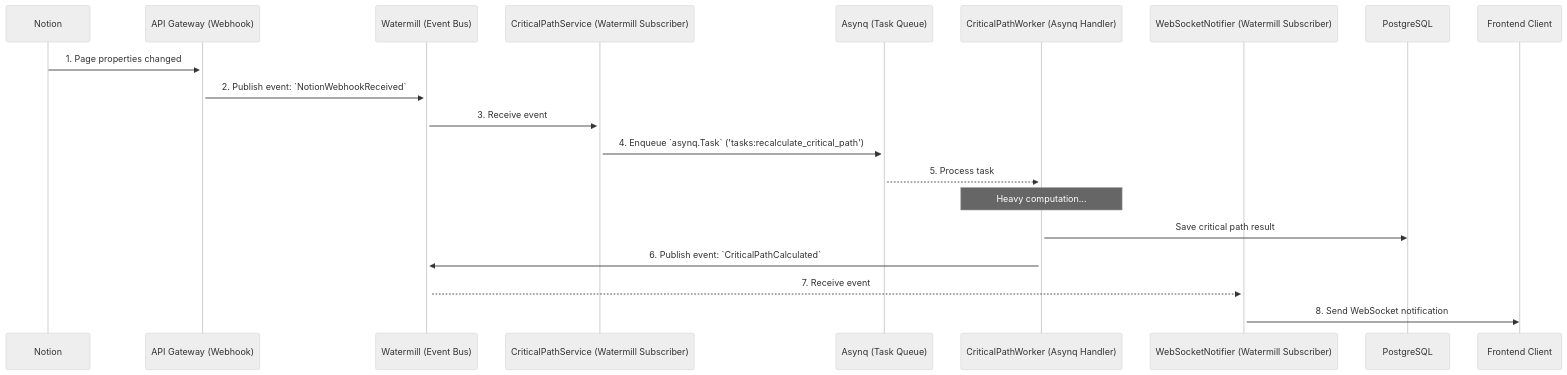
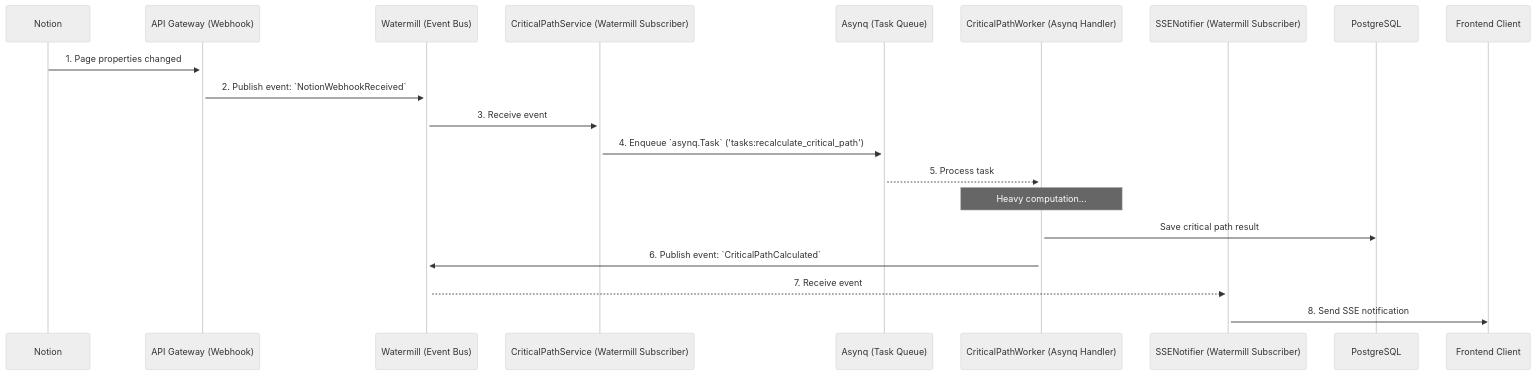
Before and after one commit to michalasia10/pro-notion: the diagram in ARCHITECTURE_EVENTS.md, drawn with Mermaid (neutral theme). The commit also changed other lines of this file and 2 other files, not shown here.

````diff
--- a/ARCHITECTURE_EVENTS.md
+++ b/ARCHITECTURE_EVENTS.md
@@ -21,24 +21,24 @@
 ```mermaid
 sequenceDiagram
     participant Notion
     participant API Gateway (Webhook)
     participant Watermill (Event Bus)
     participant CriticalPathService (Watermill Subscriber)
     participant Asynq (Task Queue)
     participant CriticalPathWorker (Asynq Handler)
-    participant WebSocketNotifier (Watermill Subscriber)
+    participant SSENotifier (Watermill Subscriber)
 
     Notion->>+API Gateway (Webhook): 1. Page properties changed
     API Gateway (Webhook)->>+Watermill (Event Bus): 2. Publish event: `NotionWebhookReceived`
     
     Watermill (Event Bus)->>+CriticalPathService (Watermill Subscriber): 3. Receive event
     CriticalPathService (Watermill Subscriber)->>+Asynq (Task Queue): 4. Enqueue `asynq.Task` ('tasks:recalculate_critical_path')
     
     Asynq (Task Queue)-->>+CriticalPathWorker (Asynq Handler): 5. Process task
     Note over CriticalPathWorker (Asynq Handler): Heavy computation...
     CriticalPathWorker (Asynq Handler)->>PostgreSQL: Save critical path result
     CriticalPathWorker (Asynq Handler)->>+Watermill (Event Bus): 6. Publish event: `CriticalPathCalculated`
     
-    Watermill (Event Bus)-->>+WebSocketNotifier (Watermill Subscriber): 7. Receive event
-    WebSocketNotifier (Watermill Subscriber)->>Frontend Client: 8. Send WebSocket notification
+    Watermill (Event Bus)-->>+SSENotifier (Watermill Subscriber): 7. Receive event
+    SSENotifier (Watermill Subscriber)->>Frontend Client: 8. Send SSE notification
 ```
````
